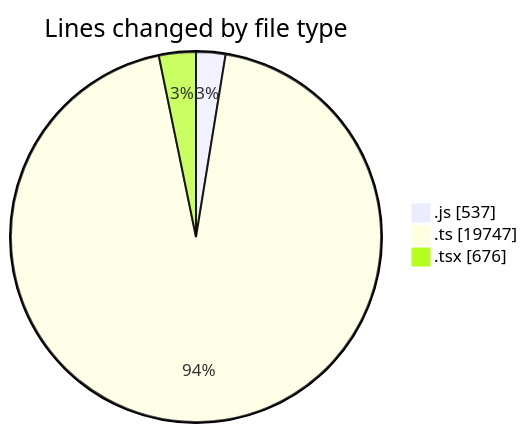
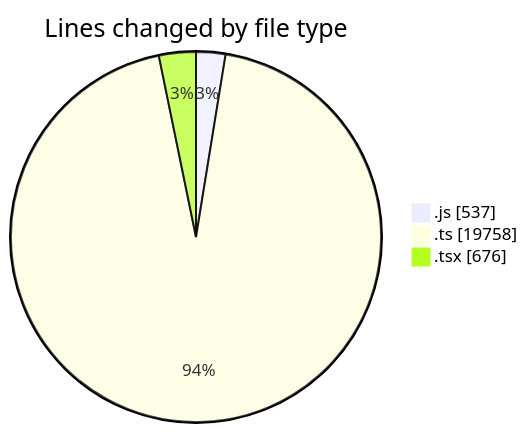
One commit to momahboobian/code-tracking changed the first of 2 diagrams in 2026-10-06/cda/README.md. Above: the diagram before and after it, drawn with Mermaid. The commit also changed other lines of this file and 1 other file, not shown here.

````diff
--- a/2026-10-06/cda/README.md
+++ b/2026-10-06/cda/README.md
@@ -33,7 +33,7 @@
 ```mermaid
 pie showData
 title Lines changed by file type
 ".js" : 537
-".ts" : 19747
+".ts" : 19758
 ".tsx" : 676
 ```
````
